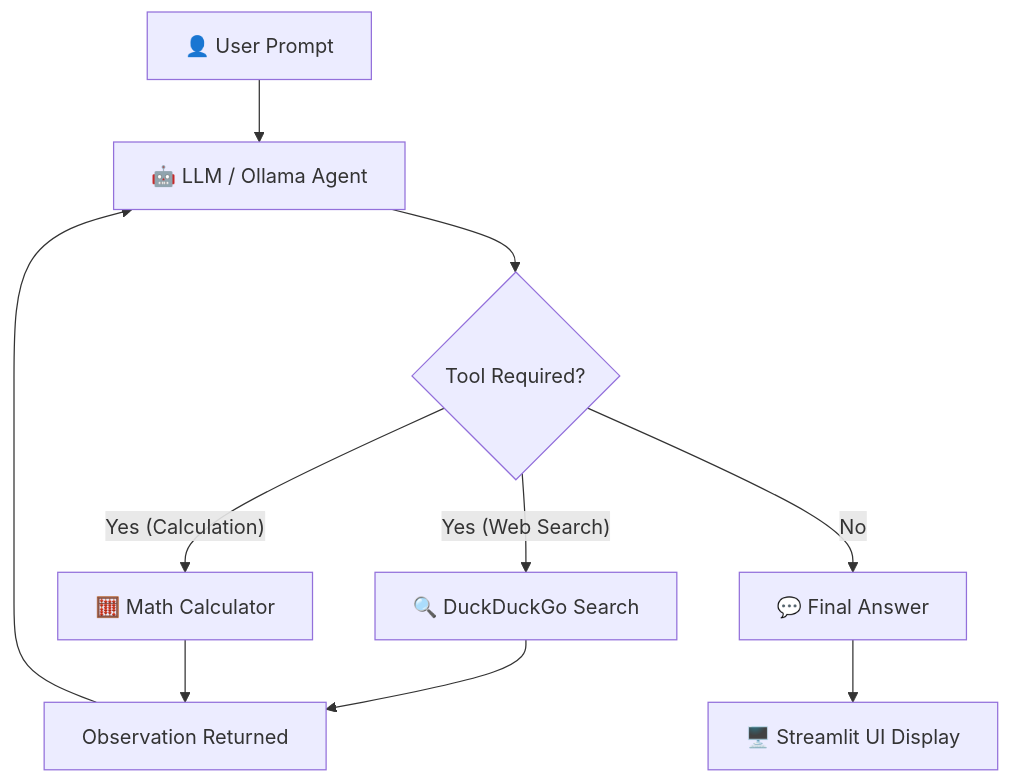
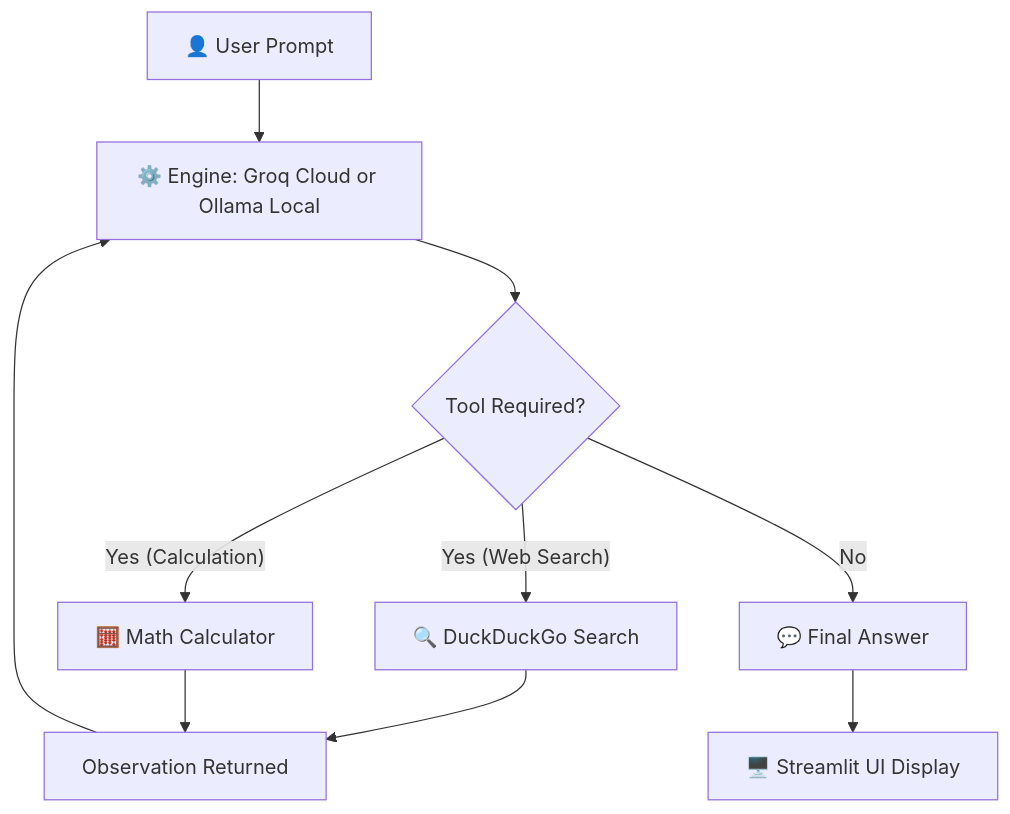
The diagram in README.md (ahmedraheed/Ai-Agent), drawn with Mermaid before and after one commit. The commit also changed other lines of this file and 4 other files, not shown here.

Commit message:
feat: add Groq Cloud dual-engine support and Streamlit Cloud deployment readiness

````diff
--- a/README.md
+++ b/README.md
@@ -36,12 +40,12 @@
 ```mermaid
 flowchart TD
-    A[👤 User Prompt] --> B[🤖 LLM / Ollama Agent]
+    A[👤 User Prompt] --> B[⚙️ Engine: Groq Cloud or Ollama Local]
     B --> C{Tool Required?}
     C -- "Yes (Web Search)" --> D[🔍 DuckDuckGo Search]
     C -- "Yes (Calculation)" --> E[🧮 Math Calculator]
     C -- "No" --> F[💬 Final Answer]
     D --> G[Observation Returned]
     E --> G
     G --> B
     F --> H[🖥️ Streamlit UI Display]
 ```
````
